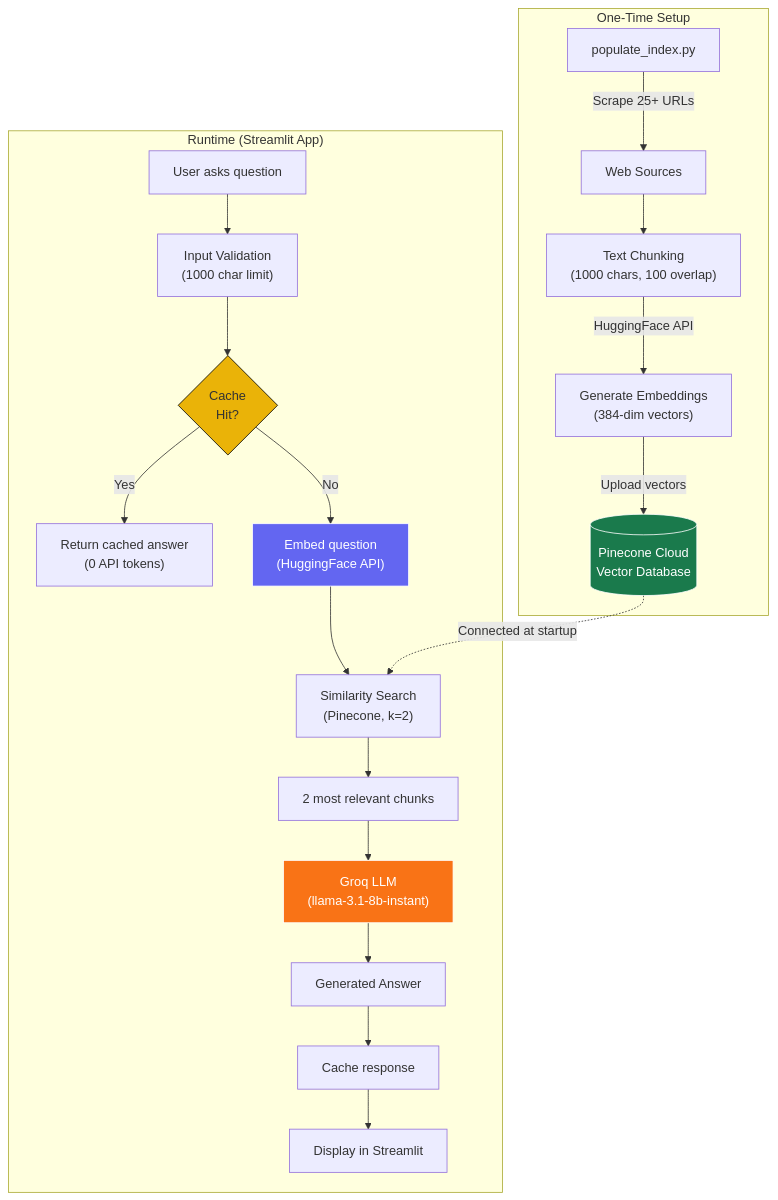
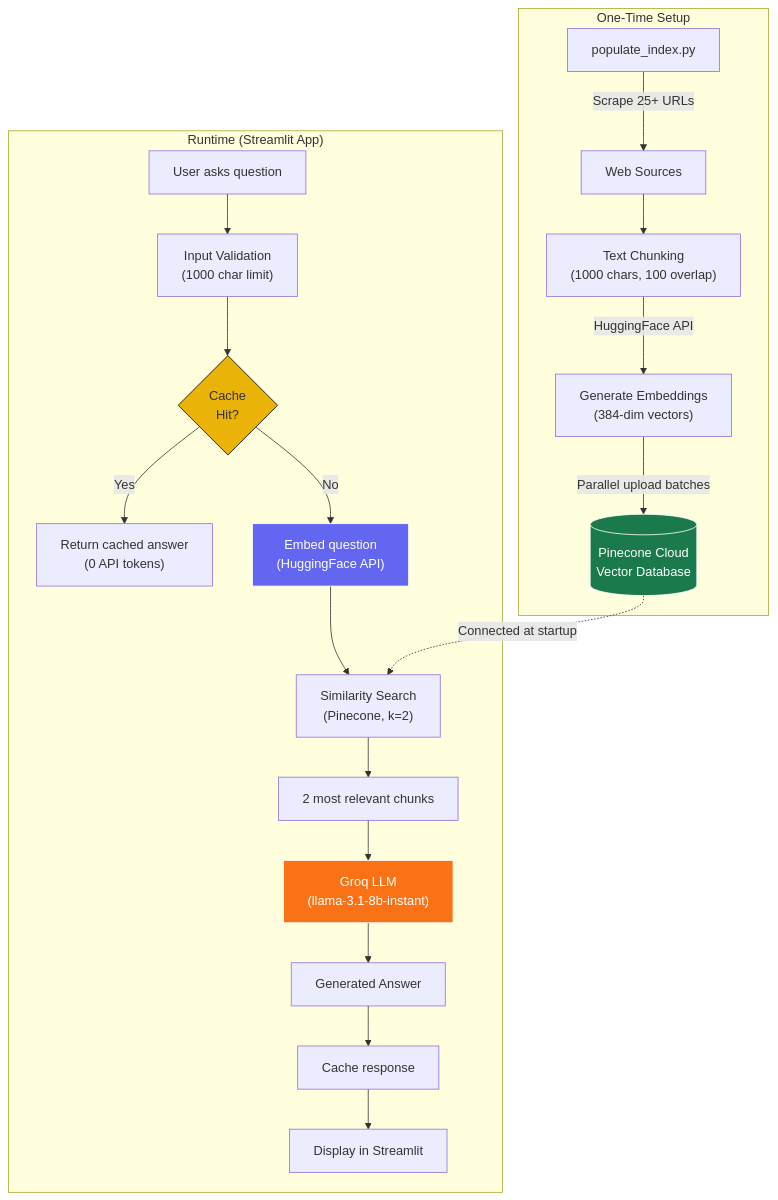
The first of 3 diagrams in README.md (sayon999-d/Local-Knowledge-Chatbot), drawn with Mermaid before and after one commit. The commit also changed other lines of this file and 5 other files, not shown here.

````diff
--- a/README.md
+++ b/README.md
@@ -24,29 +26,29 @@
 ```mermaid
 graph TB
     subgraph "One-Time Setup"
         A["populate_index.py"] -->|"Scrape 25+ URLs"| B["Web Sources"]
         B --> C["Text Chunking<br/>(1000 chars, 100 overlap)"]
         C -->|"HuggingFace API"| D["Generate Embeddings<br/>(384-dim vectors)"]
-        D -->|"Upload vectors"| E[("Pinecone Cloud<br/>Vector Database")]
+        D -->|"Parallel upload batches"| E[("Pinecone Cloud<br/>Vector Database")]
     end
 
     subgraph "Runtime (Streamlit App)"
         F["User asks question"] --> G["Input Validation<br/>(1000 char limit)"]
         G --> H{"Cache<br/>Hit?"}
         H -->|"Yes"| I["Return cached answer<br/>(0 API tokens)"]
         H -->|"No"| J["Embed question<br/>(HuggingFace API)"]
         J --> K["Similarity Search<br/>(Pinecone, k=2)"]
         K --> L["2 most relevant chunks"]
         L --> M["Groq LLM<br/>(llama-3.1-8b-instant)"]
         M --> N["Generated Answer"]
         N --> O["Cache response"]
         O --> P["Display in Streamlit"]
     end
 
     E -.->|"Connected at startup"| K
 
     style E fill:#1a7a4c,stroke:#fff,color:#fff
     style M fill:#f97316,stroke:#fff,color:#fff
     style J fill:#6366f1,stroke:#fff,color:#fff
     style H fill:#eab308,stroke:#000
 ```
````
